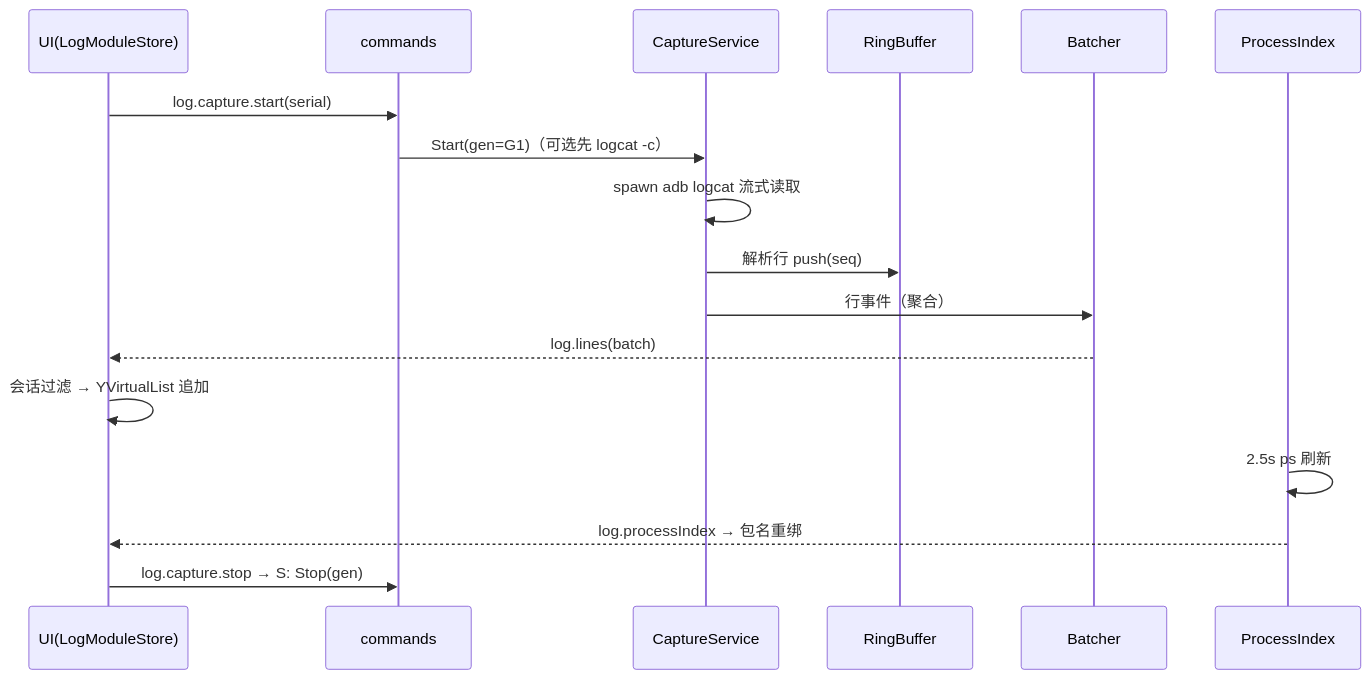
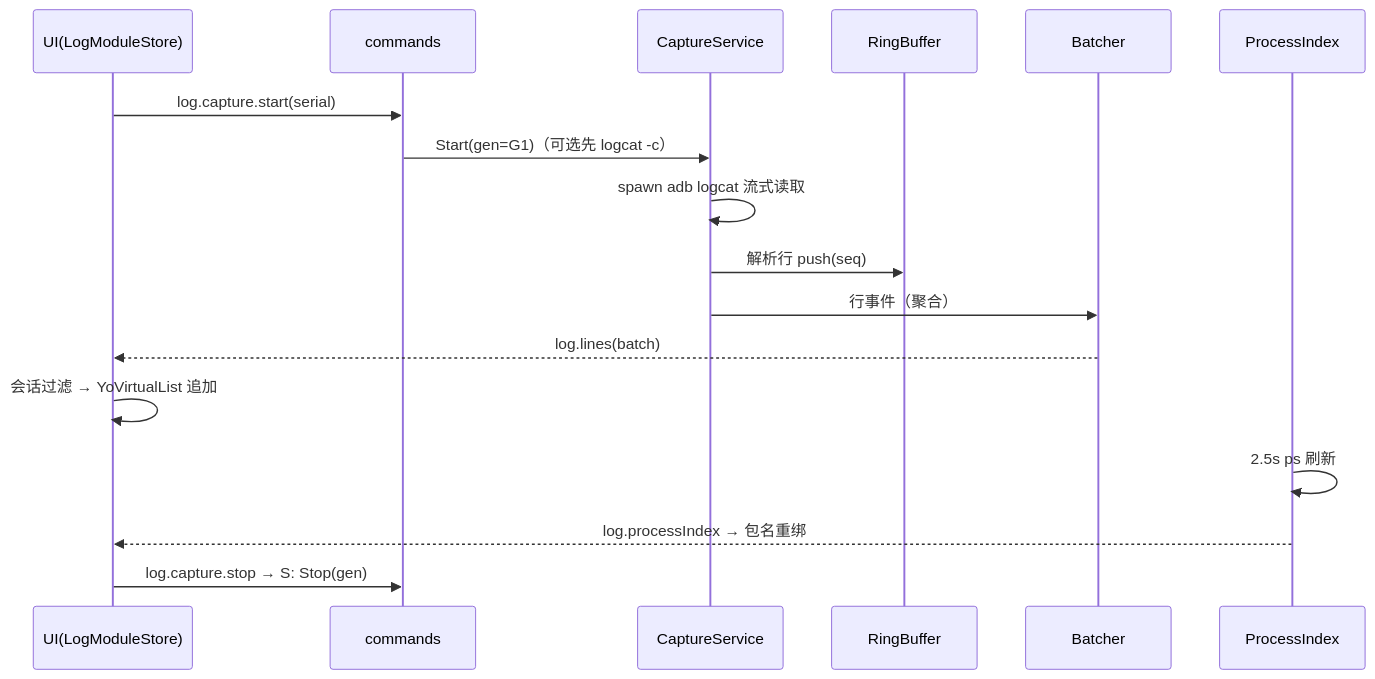
One commit to yohurm/Windows-YoADBTools changed the third of 3 diagrams in docs/architecture/架构设计-v6.md. Above: the diagram before and after it, drawn with Mermaid. The commit also changed other lines of this file and 110 other files, not shown here.

````diff
--- a/docs/architecture/架构设计-v6.md
+++ b/docs/architecture/架构设计-v6.md
@@ -450,20 +467,20 @@
 ```mermaid
 sequenceDiagram
   participant U as UI(LogModuleStore)
   participant C as commands
   participant S as CaptureService
   participant R as RingBuffer
   participant B as Batcher
   participant P as ProcessIndex
 
   U->>C: log.capture.start(serial)
   C->>S: Start(gen=G1)（可选先 logcat -c）
   S->>S: spawn adb logcat 流式读取
   S->>R: 解析行 push(seq)
   S->>B: 行事件（聚合）
   B-->>U: log.lines(batch)
-  U->>U: 会话过滤 → YVirtualList 追加
+  U->>U: 会话过滤 → YoVirtualList 追加
   P->>P: 2.5s ps 刷新
   P-->>U: log.processIndex → 包名重绑
   U->>C: log.capture.stop → S: Stop(gen)
 ```
````
